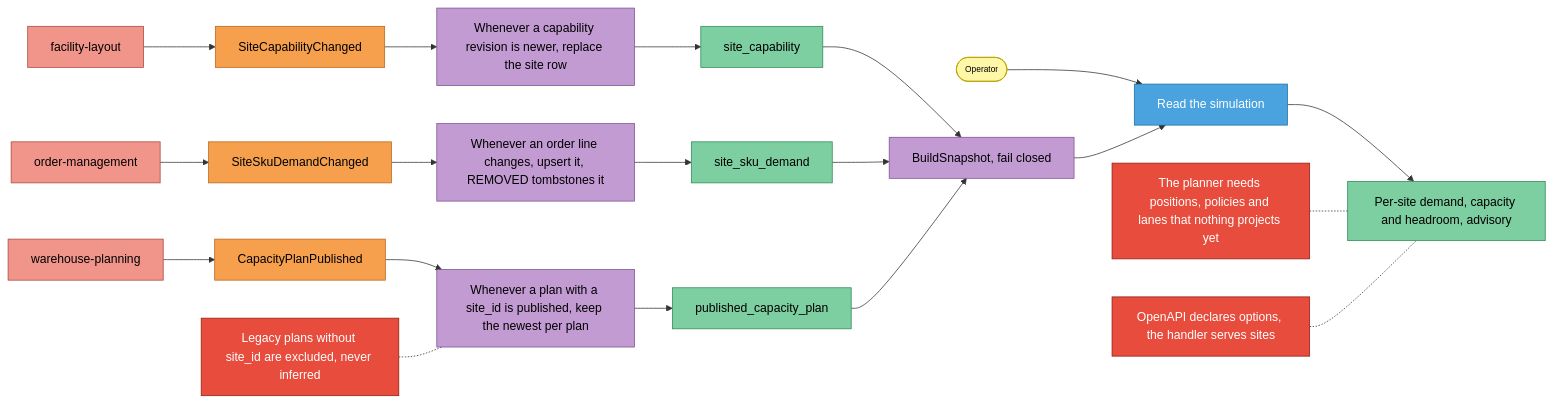
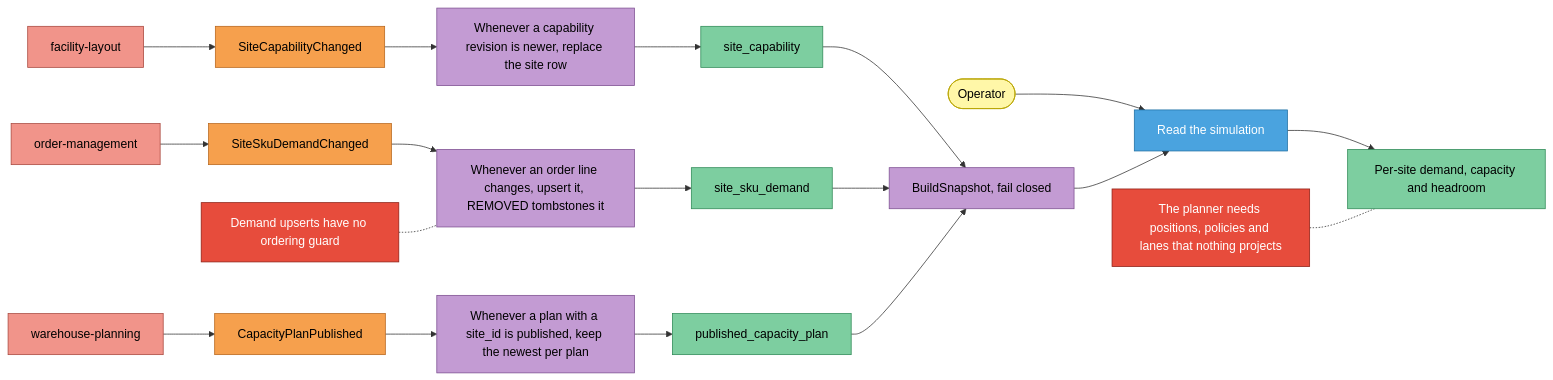
The second of 4 diagrams in docs/contexts/network-inventory-planning/eventstorming.md (IQVO/warehouse-docs), drawn with Mermaid before and after one commit. The commit also changed other lines of this file and 115 other files, not shown here.

````diff
--- a/docs/contexts/network-inventory-planning/eventstorming.md
+++ b/docs/contexts/network-inventory-planning/eventstorming.md
@@ -45,34 +45,27 @@
 ```mermaid
 flowchart LR
   FL[facility-layout]:::external --> E1[SiteCapabilityChanged]:::event
   E1 --> P1[Whenever a capability revision is newer, replace the site row]:::policy
   P1 --> R1[site_capability]:::readmodel
-
   OM[order-management]:::external --> E2[SiteSkuDemandChanged]:::event
   E2 --> P2[Whenever an order line changes, upsert it, REMOVED tombstones it]:::policy
   P2 --> R2[site_sku_demand]:::readmodel
-
   WPL[warehouse-planning]:::external --> E3[CapacityPlanPublished]:::event
   E3 --> P3[Whenever a plan with a site_id is published, keep the newest per plan]:::policy
   P3 --> R3[published_capacity_plan]:::readmodel
-
   R1 --> S1[BuildSnapshot, fail closed]:::policy
   R2 --> S1
   R3 --> S1
   OP([Operator]):::actor --> Q1[Read the simulation]:::command
   S1 --> Q1
-  Q1 --> R4[Per-site demand, capacity and headroom, advisory]:::readmodel
-
-  H1[Legacy plans without site_id are excluded, never inferred]:::hotspot -.- P3
-  H2[The planner needs positions, policies and lanes that nothing projects yet]:::hotspot -.- R4
-  H3[OpenAPI declares options, the handler serves sites]:::hotspot -.- R4
-
-  classDef actor fill:#fff7a8,stroke:#b8a400,color:#000,font-size:11px
+  Q1 --> R4[Per-site demand, capacity and headroom]:::readmodel
+  H1[Demand upserts have no ordering guard]:::hotspot -.- P2
+  H2[The planner needs positions, policies and lanes that nothing projects]:::hotspot -.- R4
+  classDef actor fill:#fff7a8,stroke:#b8a400,color:#000
   classDef command fill:#4aa3df,stroke:#1f6fa3,color:#fff
-  classDef aggregate fill:#f7d84a,stroke:#b39b12,color:#000
   classDef event fill:#f6a04d,stroke:#b8661c,color:#000
   classDef policy fill:#c39bd3,stroke:#7d4f91,color:#000
   classDef readmodel fill:#7dcea0,stroke:#2f8a57,color:#000
   classDef external fill:#f1948a,stroke:#a9483e,color:#000
   classDef hotspot fill:#e74c3c,stroke:#8e1f14,color:#fff
 ```
````
